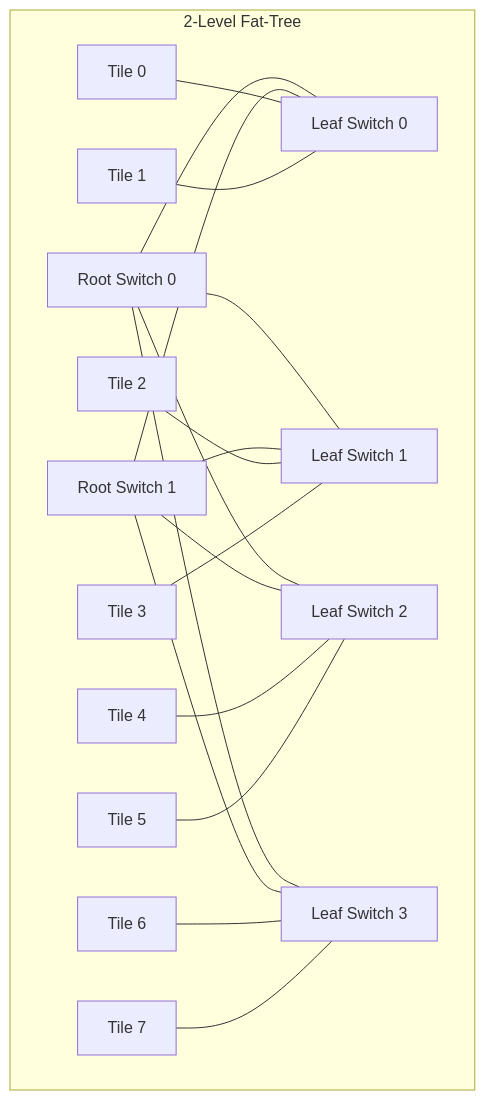
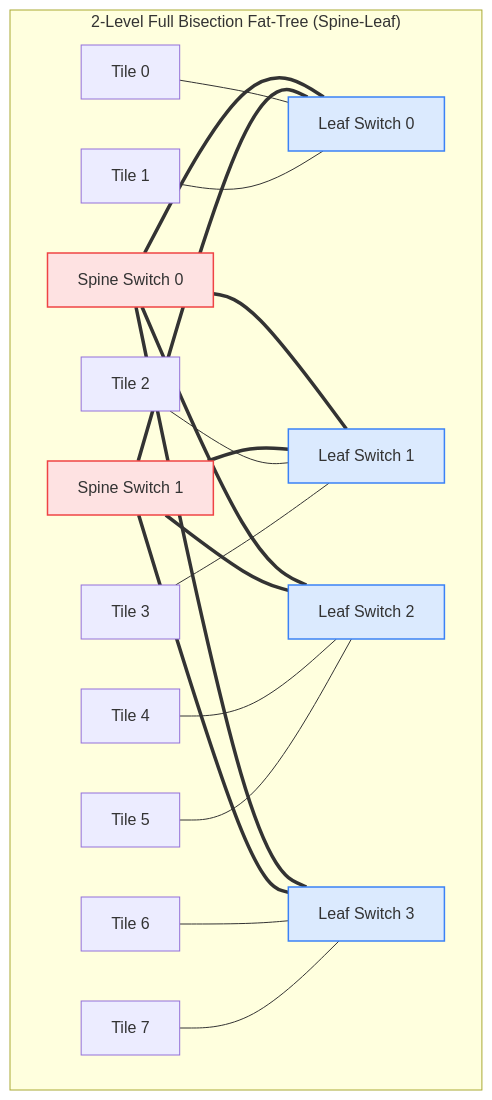
One commit to network-on-chip/learning changed the first of 3 diagrams in docs/track3-topologies/02-indirect-hierarchical.md. Above: the diagram before and after it, drawn with Mermaid. The commit also changed other lines of this file and 11 other files, not shown here.

````diff
--- a/docs/track3-topologies/02-indirect-hierarchical.md
+++ b/docs/track3-topologies/02-indirect-hierarchical.md
@@ -11,19 +15,26 @@
 ```mermaid
 graph TD
-  subgraph Fat_Tree [2-Level Fat-Tree]
-    Root0["Root Switch 0"] & Root1["Root Switch 1"]
+  subgraph Indirect_FatTree ["2-Level Full Bisection Fat-Tree (Spine-Leaf)"]
+    Spine0["Spine Switch 0"] & Spine1["Spine Switch 1"]
     
     Leaf0["Leaf Switch 0"]
     Leaf1["Leaf Switch 1"]
     Leaf2["Leaf Switch 2"]
     Leaf3["Leaf Switch 3"]
 
-    Root0 --- Leaf0 & Leaf1 & Leaf2 & Leaf3
-    Root1 --- Leaf0 & Leaf1 & Leaf2 & Leaf3
+    Spine0 === Leaf0 & Leaf1 & Leaf2 & Leaf3
+    Spine1 === Leaf0 & Leaf1 & Leaf2 & Leaf3
 
     T0["Tile 0"] & T1["Tile 1"] --- Leaf0
     T2["Tile 2"] & T3["Tile 3"] --- Leaf1
     T4["Tile 4"] & T5["Tile 5"] --- Leaf2
     T6["Tile 6"] & T7["Tile 7"] --- Leaf3
   end
+
+  style Spine0 fill:#fee2e2,stroke:#ef4444,stroke-width:1.5px;
+  style Spine1 fill:#fee2e2,stroke:#ef4444,stroke-width:1.5px;
+  style Leaf0 fill:#dbeafe,stroke:#3b82f6,stroke-width:1.5px;
+  style Leaf1 fill:#dbeafe,stroke:#3b82f6,stroke-width:1.5px;
+  style Leaf2 fill:#dbeafe,stroke:#3b82f6,stroke-width:1.5px;
+  style Leaf3 fill:#dbeafe,stroke:#3b82f6,stroke-width:1.5px;
 ```
````
